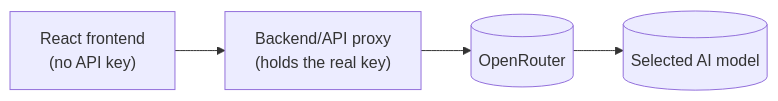
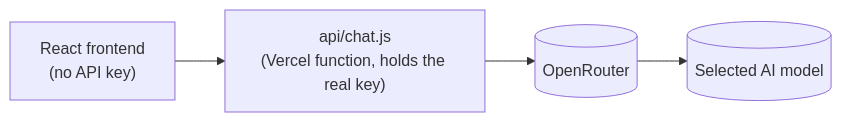
Before and after one commit to fazal305/ai-chatbot: the third of 3 diagrams in README.md, drawn with Mermaid. The commit also changed other lines of this file and 4 other files, not shown here.

First line of the commit message:
Move OpenRouter API key server-side via Vercel proxy

````diff
--- a/README.md
+++ b/README.md
@@ -203,6 +205,6 @@
 ```mermaid
 flowchart LR
-    Browser["React frontend<br/>(no API key)"] --> Proxy["Backend/API proxy<br/>(holds the real key)"]
+    Browser["React frontend<br/>(no API key)"] --> Proxy["api/chat.js<br/>(Vercel function, holds the real key)"]
     Proxy --> OpenRouter[("OpenRouter")]
     OpenRouter --> Model[("Selected AI model")]
 ```
````
